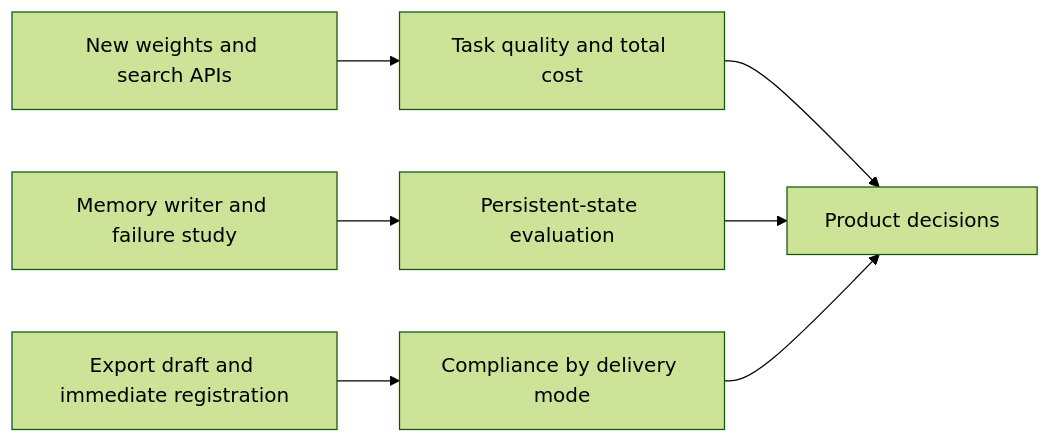
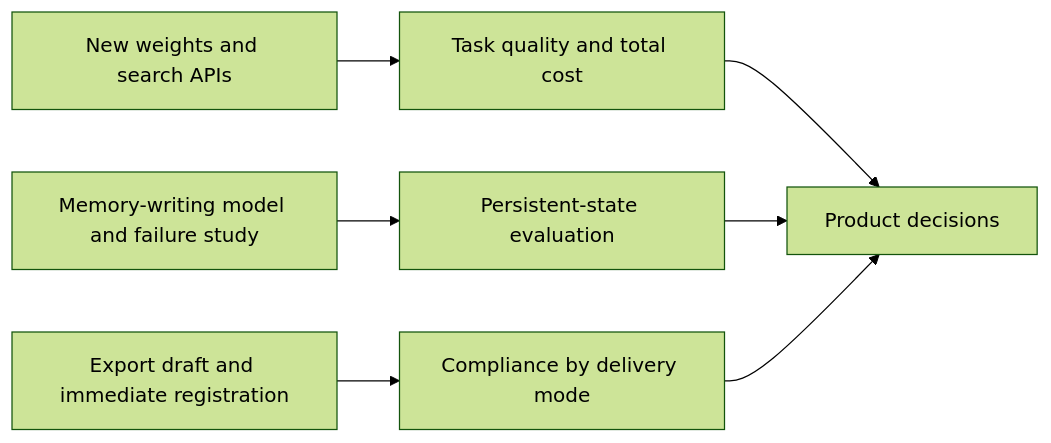
One commit to wwxd100/ai-news changed the diagram in en/daily/2026-10/2026-10-18.md. Above: the diagram before and after it, drawn with Mermaid (forest theme). The commit also changed other lines of this file and 14 other files, not shown here.

````diff
--- a/en/daily/2026-10/2026-10-18.md
+++ b/en/daily/2026-10/2026-10-18.md
@@ -16,9 +16,9 @@
 ```mermaid
 flowchart LR
   A["New weights and search APIs"] --> D["Task quality and total cost"]
-  B["Memory writer and failure study"] --> E["Persistent-state evaluation"]
+  B["Memory-writing model and failure study"] --> E["Persistent-state evaluation"]
   C["Export draft and immediate registration"] --> F["Compliance by delivery mode"]
   D --> G["Product decisions"]
   E --> G
   F --> G
 ```
````
